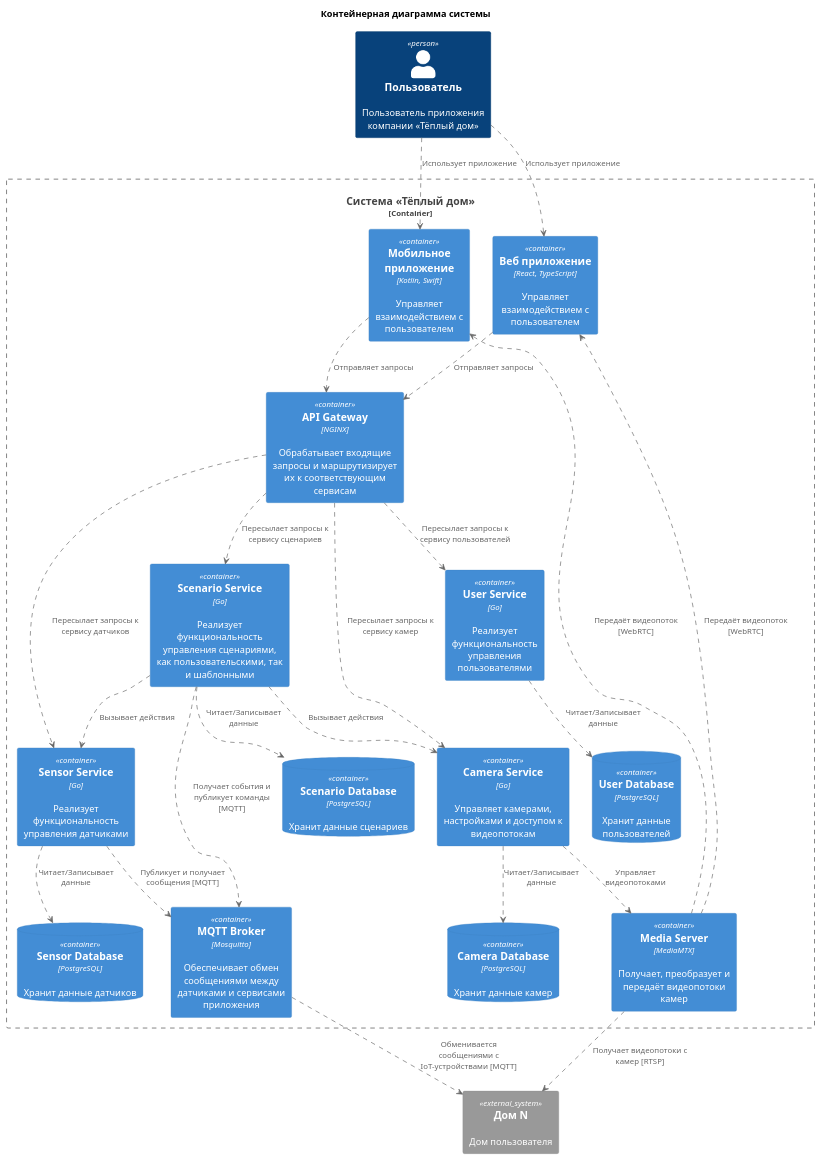
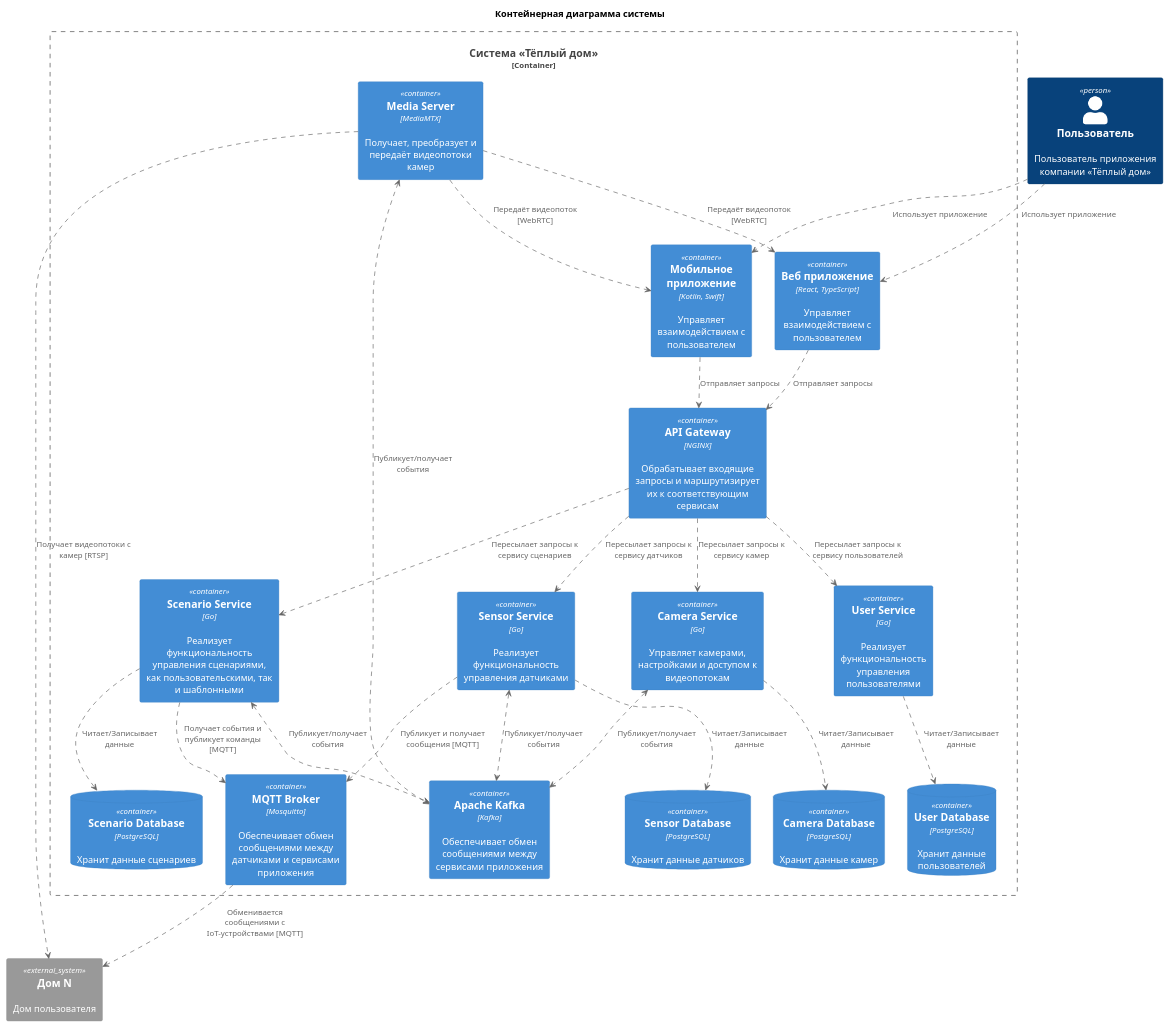
Before and after one commit to PAKETIKk/architecture-warmhouse: the diagram in diagrams/container/container.puml, drawn with PlantUML. The commit also changed 2 other files, not shown here.

Commit message:
Компонентная диаграмма Camera Service

```diff
--- a/diagrams/container/container.puml
+++ b/diagrams/container/container.puml
@@ -1,61 +1,65 @@
 @startuml
 title Контейнерная диаграмма системы
+' Импорт
 !includeurl ../../uml-lib/C4_Container.puml
 ' Пользователи
 Person(user, "Пользователь", 'Пользователь приложения компании «Тёплый дом»')
 ' Система
 Container_Boundary(system, "Система «Тёплый дом»") {
 ' Мобильное, веб приложения и API Gateway
   Container(WebApp, "Веб приложение", "React, TypeScript", "Управляет взаимодействием с пользователем")
   Container(MobileApp, "Мобильное приложение", "Kotlin, Swift", "Управляет взаимодействием с пользователем")
   Container(ApiGateway, "API Gateway", "NGINX", "Обрабатывает входящие запросы и маршрутизирует их к соответствующим сервисам")
 ' Сервисы приложения
   Container(SensorService, "Sensor Service", "Go", "Реализует функциональность управления датчиками")
   Container(UserService, "User Service", "Go", "Реализует функциональность управления пользователями")
   Container(ScenarioService, "Scenario Service", "Go", "Реализует функциональность управления сценариями, как пользовательскими, так и шаблонными")
   Container(CameraService, "Camera Service", "Go", "Управляет камерами, настройками и доступом к видеопотокам")
   Container(MediaServer, "Media Server", "MediaMTX", "Получает, преобразует и передаёт видеопотоки камер")
-' MQTT брокер
+' Брокеры сообщений
   Container(MqttBroker, "MQTT Broker", "Mosquitto", "Обеспечивает обмен сообщениями между датчиками и сервисами приложения")
+  Container(Kafka, "Apache Kafka", "Kafka", "Обеспечивает обмен сообщениями между сервисами приложения")
 ' СУБД
   ContainerDb(UserDatabase, "User Database", "PostgreSQL", "Хранит данные пользователей")
   ContainerDb(SensorDatabase, "Sensor Database", "PostgreSQL", "Хранит данные датчиков")
   ContainerDb(CameraDatabase, "Camera Database", "PostgreSQL", "Хранит данные камер")
   ContainerDb(ScenarioDatabase, "Scenario Database", "PostgreSQL", "Хранит данные сценариев")
 }
 ' Внешние системы
 System_Ext(home, "Дом N", 'Дом пользователя')
 ' Взаимодействия пользователя
 user ..> WebApp : "Использует приложение"
 user ..> MobileApp : "Использует приложение"
 ' Взаимодействия приложений
 WebApp ..> ApiGateway : "Отправляет запросы"
 MobileApp ..> ApiGateway : "Отправляет запросы"
 ' Взаимодействия ApiGateway
 ApiGateway ..> SensorService : "Пересылает запросы к сервису датчиков"
 ApiGateway ..> CameraService : "Пересылает запросы к сервису камер"
 ApiGateway ..> UserService : "Пересылает запросы к сервису пользователей"
 ApiGateway ..> ScenarioService : "Пересылает запросы к сервису сценариев"
 ' Взаимодействия сервисов с базой данных
 SensorService ..> SensorDatabase : "Читает/Записывает данные"
 CameraService ..> CameraDatabase : "Читает/Записывает данные"
 UserService ..> UserDatabase : "Читает/Записывает данные"
 ScenarioService ..> ScenarioDatabase : "Читает/Записывает данные"
 ' Взаимодействия сервисов
 MediaServer ..> WebApp : "Передаёт видеопоток [WebRTC]"
 MediaServer ..> MobileApp : "Передаёт видеопоток [WebRTC]"
 SensorService ..> MqttBroker : "Публикует и получает сообщения [MQTT]"
-CameraService ..> MediaServer : "Управляет видеопотоками"
 ScenarioService ..> MqttBroker : "Получает события и публикует команды [MQTT]"
-ScenarioService ..> SensorService : "Вызывает действия"
-ScenarioService ..> CameraService : "Вызывает действия"
 ' Взаимодействия MQTT брокер
 MqttBroker ..> home : "Обменивается сообщениями с IoT-устройствами [MQTT]"
 MediaServer ..> home : "Получает видеопотоки с камер [RTSP]"
+' Взаимодействия Kafka
+SensorService <.> Kafka : "Публикует/получает события"
+ScenarioService <.> Kafka : "Публикует/получает события"
+CameraService <.> Kafka : "Публикует/получает события"
+MediaServer <.> Kafka : "Публикует/получает события"
 ' Подсказка для рендера
 user -[hidden]down-> MobileApp
 MobileApp -[hidden]down-> ApiGateway
 WebApp -[hidden]left-> MobileApp
 
-ApiGateway -[hidden]down-> ScenarioService
+Kafka -[hidden]down-> SensorService
 @enduml
```
